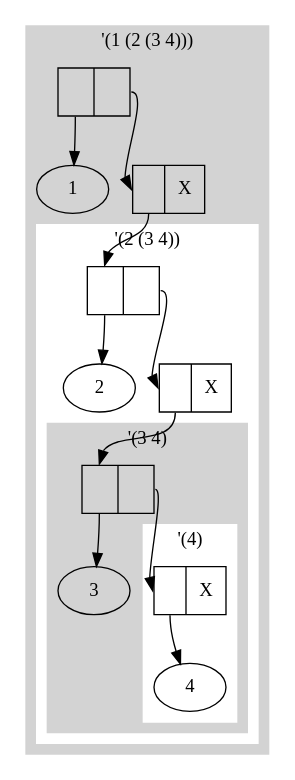
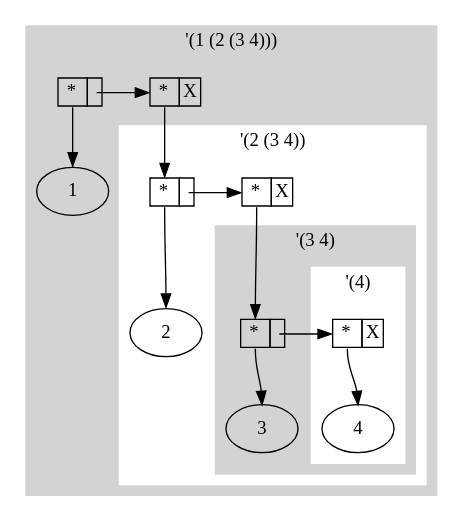
The fifth of 7 diagrams in Answers.org (ProducerMatt/SICP-solutions), drawn with Graphviz before and after one commit. The commit also changed other lines of this file and 3 other files, not shown here.

```diff
--- a/Answers.org
+++ b/Answers.org
@@ -8044,50 +8045,95 @@
 #+BEGIN_SRC dot :file 2/fig/24-dotandbox.png :exports results :eval no-export
+/* Why doesn't "arrowtail=dot" work? It is a mystery. */
 digraph {
-    #splines = curved;
+    newrank = true;
     compound = true;
-              
+
+    node [shape=ellipse,margin=0];
     subgraph sg0 {
         cluster = true;
         color = lightgrey;
         shape = rounded;
         style = filled;
         label = "'(1 (2 (3 4)))";
-        cellA [shape=record,label="<f0> |<f1> "];
-        cellA:f0:s -> "1" [shape=ellipse];
-        cellAa [shape=record,label="<f0> |<f1>X"];
-        cellA:f1:e -> cellAa:f0:w;
-        cellAa:f0:s -> cellB:f0:n;
+        cellA [shape=none,label=<
+              <table border="0" cellborder="1" cellspacing="0">
+                     <tr>
+                        <td port="car">&nbsp;*&nbsp;</td>
+                        <td port="cdr">&nbsp;</td>
+                    </tr>
+                </table> >];
+        cellA:car:s -> "1":n [shape=ellipse];
+        cellAa [shape=none,label=<
+               <table border="0" cellborder="1" cellspacing="0">
+                <tr>
+                 <td port="car">&nbsp;*&nbsp;</td>
+                 <td port="cdr">X</td>
+                </tr>
+               </table>>];
+                
+        cellA:cdr:c -> cellAa:car:w [tailclip=false,dir=both,arrowtail=dot,dir=both,tailclip=false];
+        cellAa:car:s -> cellB:car:n;
         subgraph sg1 {
             cluster = true;
             color = white;
             shape = rounded;
             style = filled;
             label = "'(2 (3 4))";
-            cellB [shape=record,label="<f0> |<f1> "];
-            cellB:f0:s -> "2" [shape=ellipse];
-            cellBb [shape=record,label="<f0> |<f1>X"];
-            cellB:f1:e -> cellBb:f0:w;
-            cellBb:f0:s -> cellC:f0:n;
+            cellB [shape=none,label=<
+                <table border="0" cellborder="1" cellspacing="0">
+                        <tr>
+                            <td port="car">&nbsp;*&nbsp;</td>
+                            <td port="cdr">&nbsp;</td>
+                        </tr>
+                    </table> >];
+            cellB:car:s -> "2":n [shape=ellipse];
+            cellBb [shape=none,label=<
+                <table border="0" cellborder="1" cellspacing="0">
+                    <tr>
+                    <td port="car">&nbsp;*&nbsp;</td>
+                    <td port="cdr">X</td>
+                    </tr>
+                </table>>];
+
+            cellB:cdr:c -> cellBb:car:w [tailclip=false,dir=both,arrowtail=dot,dir=both,tailclip=false];
+            cellBb:car:s -> cellC:car:n;
             subgraph sg2 {
                 cluster = true;
                 color = lightgrey;
                 shape = rounded;
                 style = filled;
                 label = "'(3 4)";
-                cellC [shape=record,label="<f0> |<f1> "];
-                cellC:f0:s -> "3" [shape=ellipse];
-                cellC:f1:e -> cellD:f0:w;
+                cellC [shape=none,label=<
+                    <table border="0" cellborder="1" cellspacing="0">
+                            <tr>
+                                <td port="car">&nbsp;*&nbsp;</td>
+                                <td port="cdr">&nbsp;</td>
+                            </tr>
+                        </table> >];
+                cellC:car:s -> "3":n [shape=ellipse];
+                cellC:cdr:c -> cellD:car:w [tailclip=false,dir=both,arrowtail=dot,dir=both,tailclip=false];
                 subgraph sg3 {
                     cluster = true;
                     color = white;
                     shape = rounded;
                     style = filled;
                     label = "'(4)";
-                    cellD [shape=record,label="<f0> |<f1>X"];
-                    cellD:f0:s -> "4" [shape=ellipse];
+                    cellD [shape=none,label=<
+                        <table border="0" cellborder="1" cellspacing="0">
+                            <tr>
+                            <td port="car">&nbsp;*&nbsp;</td>
+                            <td port="cdr">X</td>
+                            </tr>
+                        </table>>];
+
+                    cellD:car:s -> "4":n;
                 };
             };
         };
     };
+    { rank = same; cellA; cellAa; };
+    { rank = same; "1"; cellB; cellBb; };
+    { rank = same; "2"; cellC; cellD; };
+    { rank = same; "3"; "4"; };
 }
 #+end_src
```
